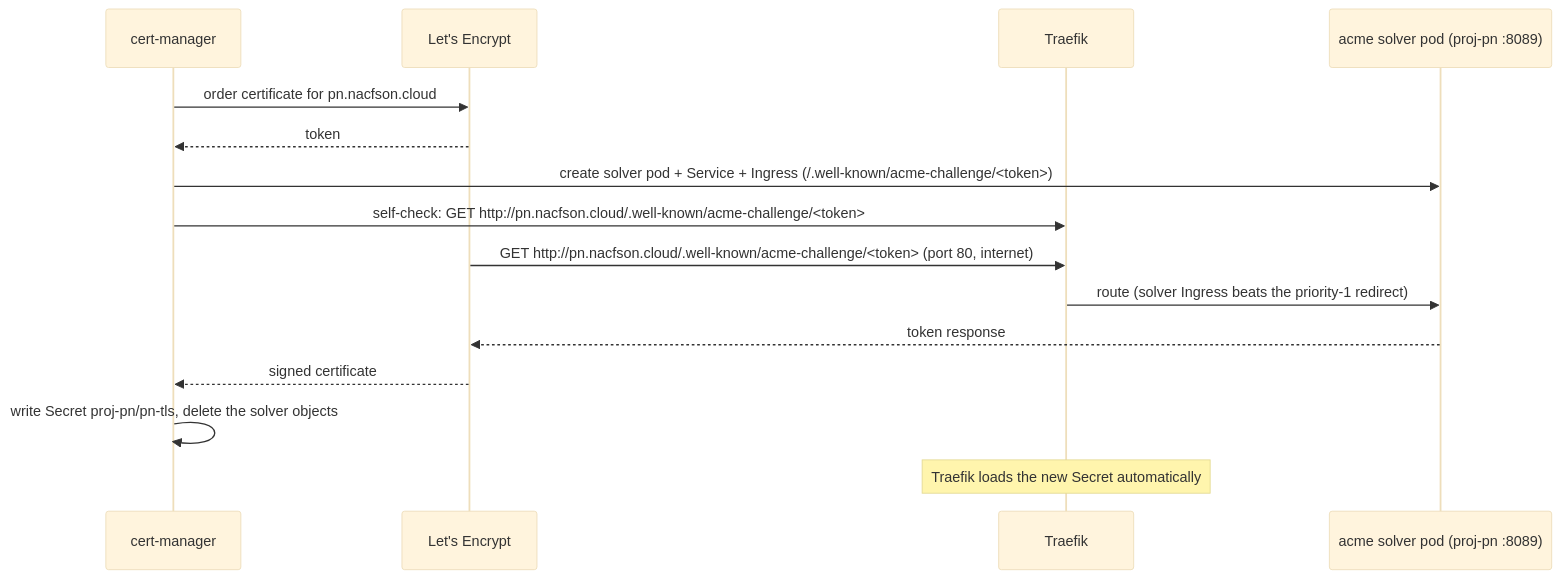
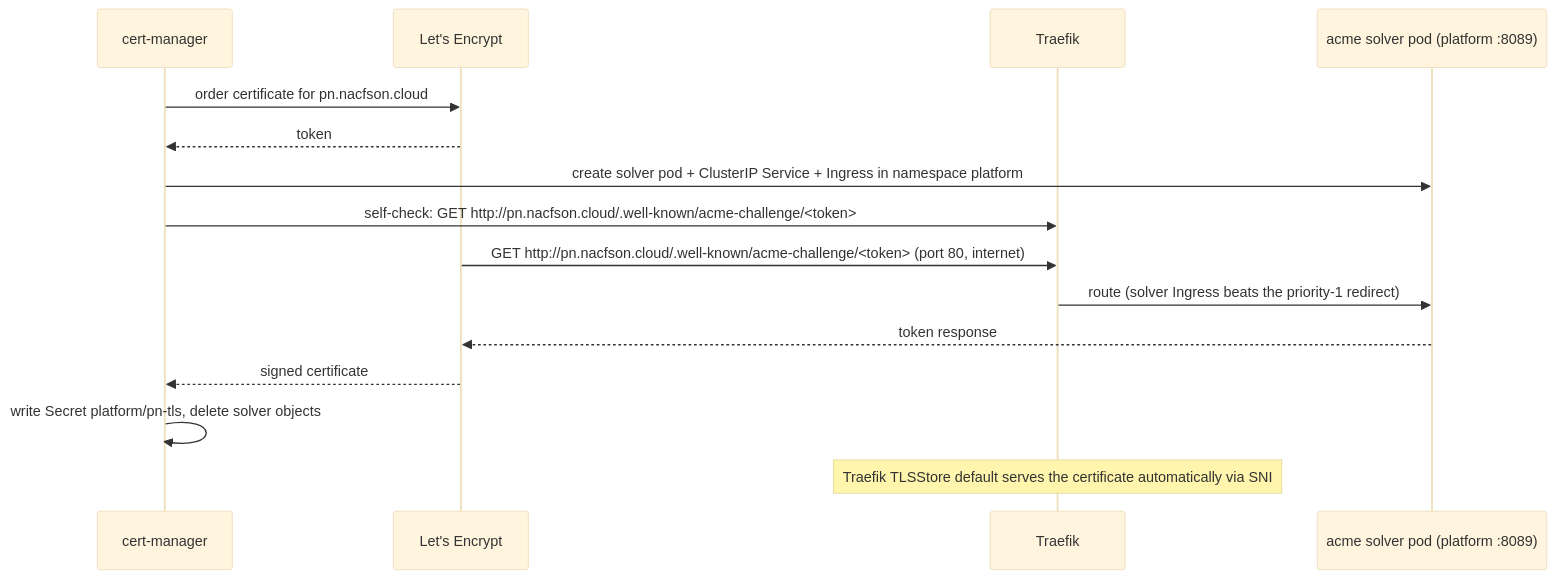
One commit to nacfson/nacfson_pipeline changed the third of 3 diagrams in docs/tls-certificates.md. Above: the diagram before and after it, drawn with Mermaid (base theme). The commit also changed other lines of this file and 33 other files, not shown here.

Commit message:
feat(platform): serve all edge certificates from a platform TLS store

````diff
--- a/docs/tls-certificates.md
+++ b/docs/tls-certificates.md
@@ -98,18 +102,18 @@
 ```mermaid
 sequenceDiagram
   participant CM as cert-manager
   participant LE as Let's Encrypt
   participant T as Traefik
-  participant S as acme solver pod (proj-pn :8089)
+  participant S as acme solver pod (platform :8089)
 
   CM->>LE: order certificate for pn.nacfson.cloud
   LE-->>CM: token
-  CM->>S: create solver pod + Service + Ingress (/.well-known/acme-challenge/<token>)
+  CM->>S: create solver pod + ClusterIP Service + Ingress in namespace platform
   CM->>T: self-check: GET http://pn.nacfson.cloud/.well-known/acme-challenge/<token>
   LE->>T: GET http://pn.nacfson.cloud/.well-known/acme-challenge/<token> (port 80, internet)
   T->>S: route (solver Ingress beats the priority-1 redirect)
   S-->>LE: token response
   LE-->>CM: signed certificate
-  CM->>CM: write Secret proj-pn/pn-tls, delete the solver objects
-  Note over T: Traefik loads the new Secret automatically
+  CM->>CM: write Secret platform/pn-tls, delete solver objects
+  Note over T: Traefik TLSStore default serves the certificate automatically via SNI
 ```
````
